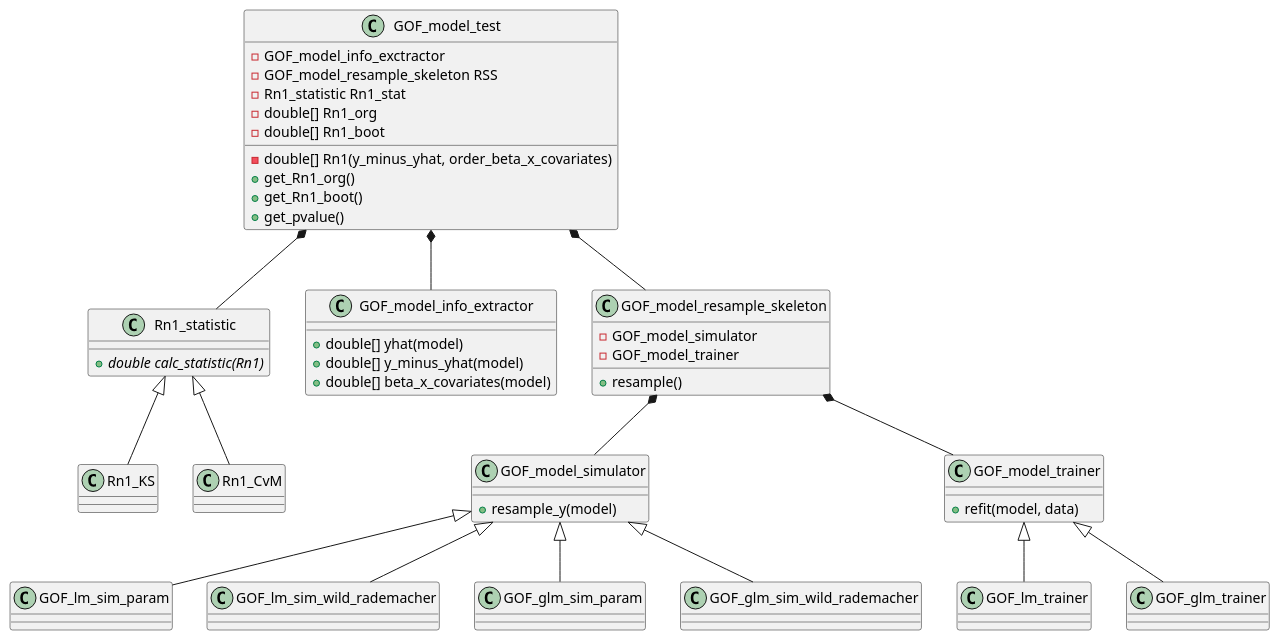
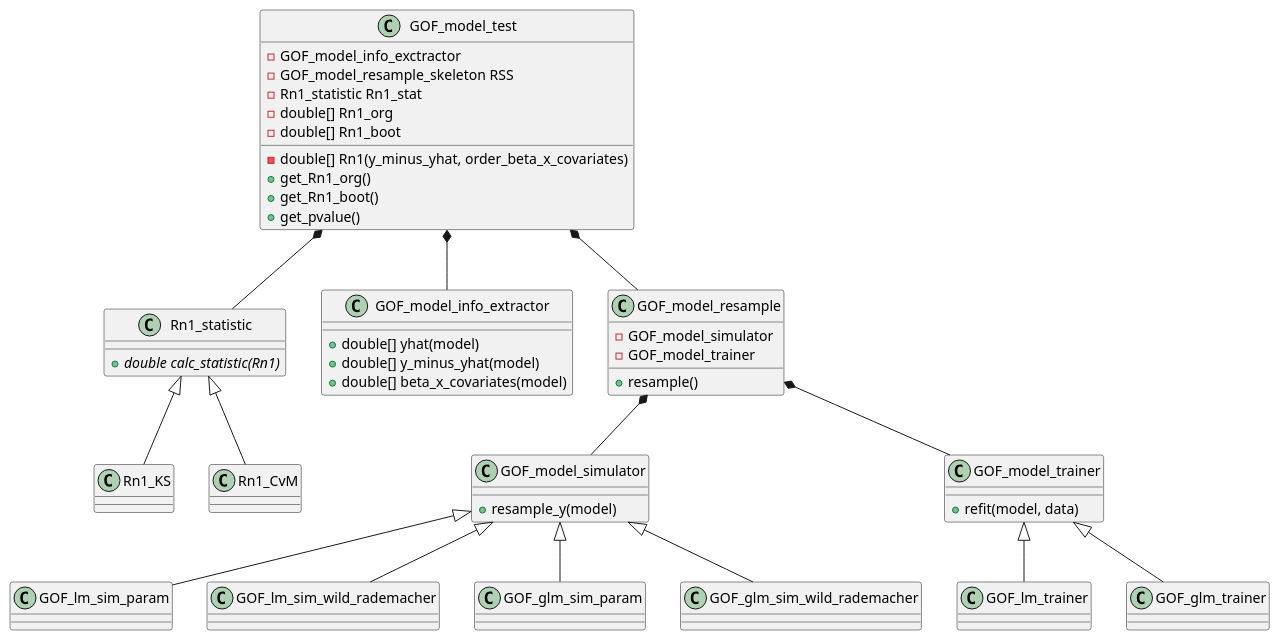
One commit to MarselScheer/bootGOF changed the diagram in design.plantuml. Above: the diagram before and after it, drawn with PlantUML. The commit also changed 2 other files, not shown here.

Commit message:
implement model resample

```diff
--- a/design.plantuml
+++ b/design.plantuml
@@ -1,45 +1,45 @@
 @startuml
 class Rn1_statistic {
     + {abstract} double calc_statistic(Rn1)
 }
 Rn1_statistic <|-- Rn1_KS
 Rn1_statistic <|-- Rn1_CvM
 class GOF_model_simulator {
     + resample_y(model)
 }
 GOF_model_simulator <|-- GOF_lm_sim_param
 GOF_model_simulator <|-- GOF_lm_sim_wild_rademacher
 GOF_model_simulator <|-- GOF_glm_sim_param
 GOF_model_simulator <|-- GOF_glm_sim_wild_rademacher
 class GOF_model_trainer {
     + refit(model, data)
 }
 GOF_model_trainer <|-- GOF_lm_trainer
 GOF_model_trainer <|-- GOF_glm_trainer
 class GOF_model_info_extractor {
     + double[] yhat(model)
     + double[] y_minus_yhat(model)
     + double[] beta_x_covariates(model)
 }
-class GOF_model_resample_skeleton {
+class GOF_model_resample {
     - GOF_model_simulator
     - GOF_model_trainer
     + resample()
 }
-GOF_model_resample_skeleton *-- GOF_model_simulator
-GOF_model_resample_skeleton *-- GOF_model_trainer
+GOF_model_resample *-- GOF_model_simulator
+GOF_model_resample *-- GOF_model_trainer
 class GOF_model_test {
     - GOF_model_info_exctractor
     - GOF_model_resample_skeleton RSS
     - Rn1_statistic Rn1_stat
     - double[] Rn1_org
     - double[] Rn1_boot
     - double[] Rn1(y_minus_yhat, order_beta_x_covariates)
     + get_Rn1_org()
     + get_Rn1_boot()
     + get_pvalue()
 }
 GOF_model_test *-- GOF_model_info_extractor
-GOF_model_test *-- GOF_model_resample_skeleton
+GOF_model_test *-- GOF_model_resample
 GOF_model_test *-- Rn1_statistic
 @enduml
```
